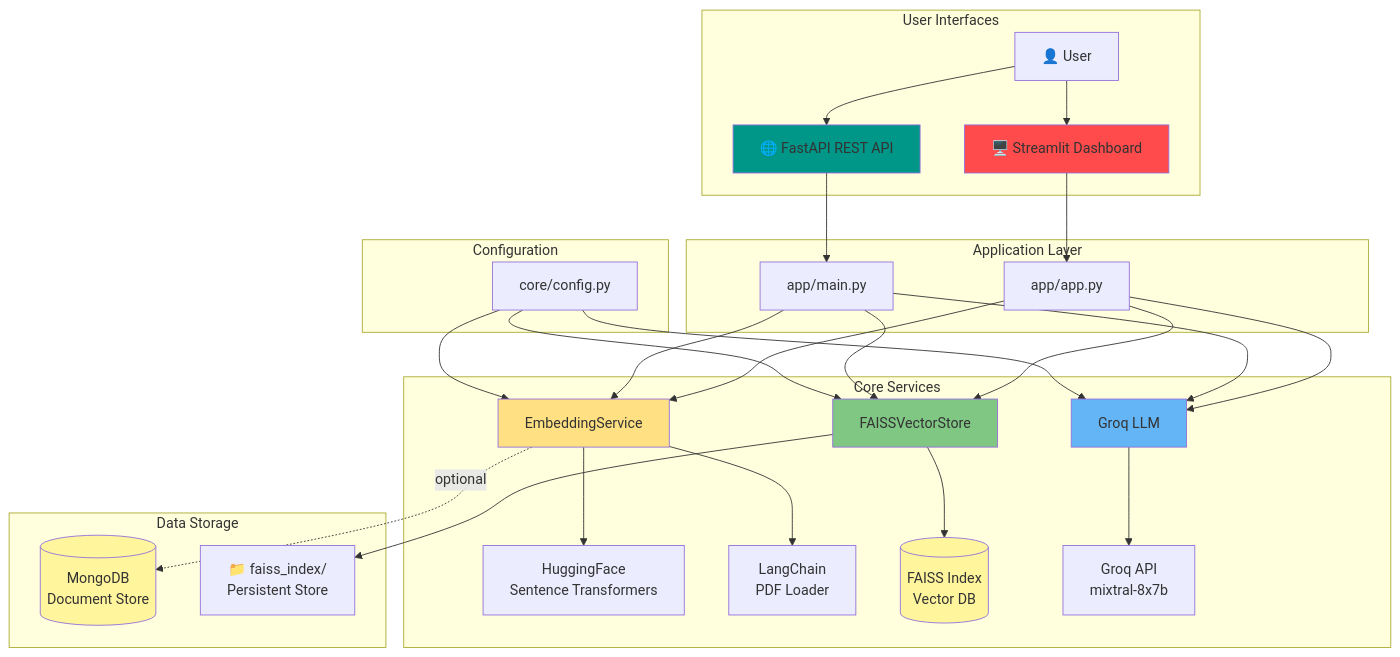
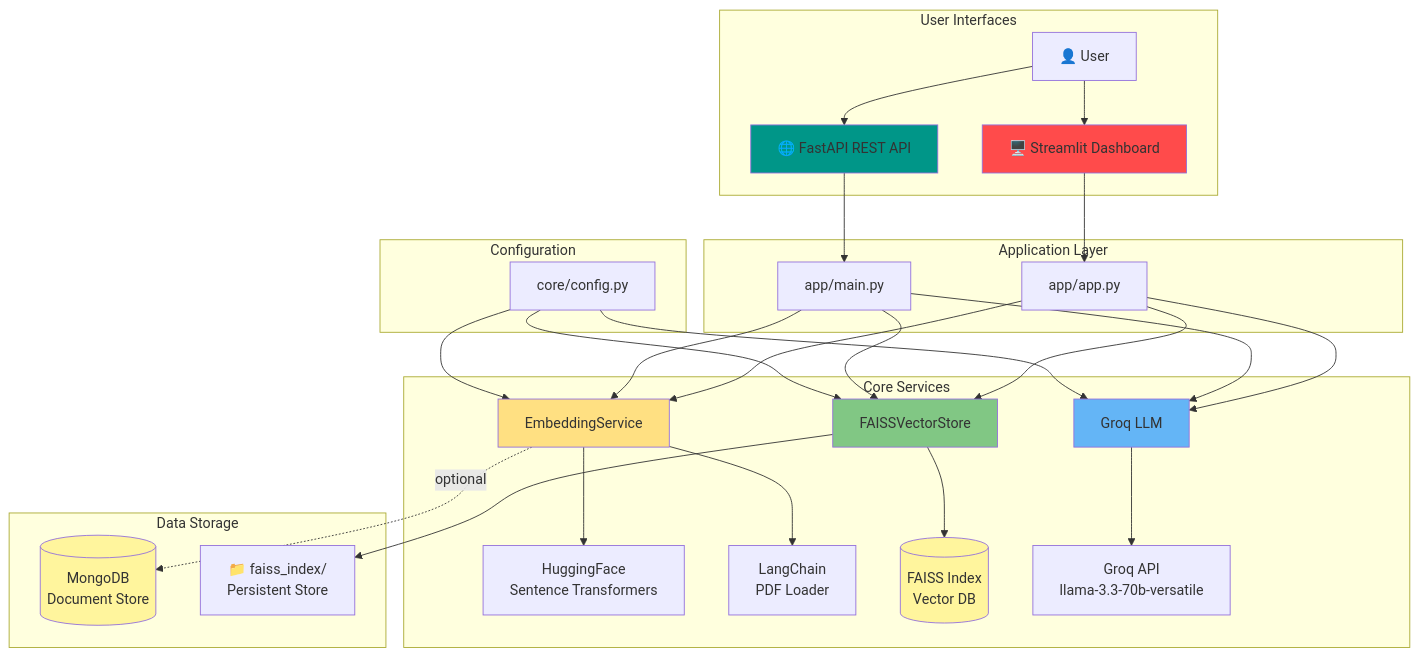
The first of 2 diagrams in README.md (tatsat3mutee/AskRag), drawn with Mermaid before and after one commit. The commit also changed other lines of this file and 2 other files, not shown here.

Commit message:
fix: update Groq model to llama-3.3-70b-versatile, update docs, and set CI to manual trigger only

````diff
--- a/README.md
+++ b/README.md
@@ -27,47 +26,47 @@
 ```mermaid
 graph TB
     subgraph "User Interfaces"
         A[👤 User] --> B[🖥️ Streamlit Dashboard]
         A --> C[🌐 FastAPI REST API]
     end
     
     subgraph "Application Layer"
         B --> D[app/app.py]
         C --> E[app/main.py]
     end
     
     subgraph "Core Services"
         D --> F[EmbeddingService]
         D --> G[FAISSVectorStore]
         D --> H[Groq LLM]
         E --> F
         E --> G
         E --> H
         
         F --> I[HuggingFace<br/>Sentence Transformers]
         F --> J[LangChain<br/>PDF Loader]
         
         G --> K[(FAISS Index<br/>Vector DB)]
         
-        H --> L[Groq API<br/>mixtral-8x7b]
+        H --> L[Groq API<br/>llama-3.3-70b-versatile]
     end
     
     subgraph "Data Storage"
         F -.optional.-> M[(MongoDB<br/>Document Store)]
         G --> N[📁 faiss_index/<br/>Persistent Store]
     end
     
     subgraph "Configuration"
         O[core/config.py] --> F
         O --> G
         O --> H
     end
     
     style B fill:#FF4B4B
     style C fill:#009688
     style F fill:#FFE082
     style G fill:#81C784
     style H fill:#64B5F6
     style K fill:#FFF59D
     style M fill:#FFF59D
 ```
````
